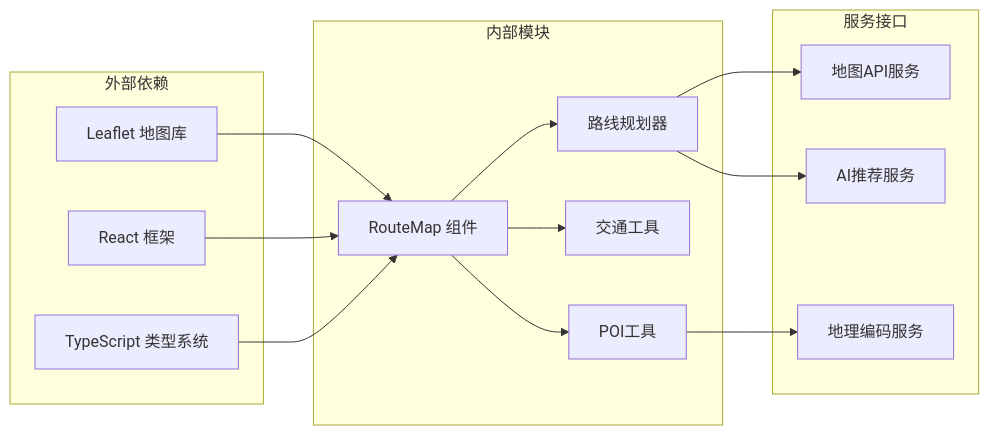
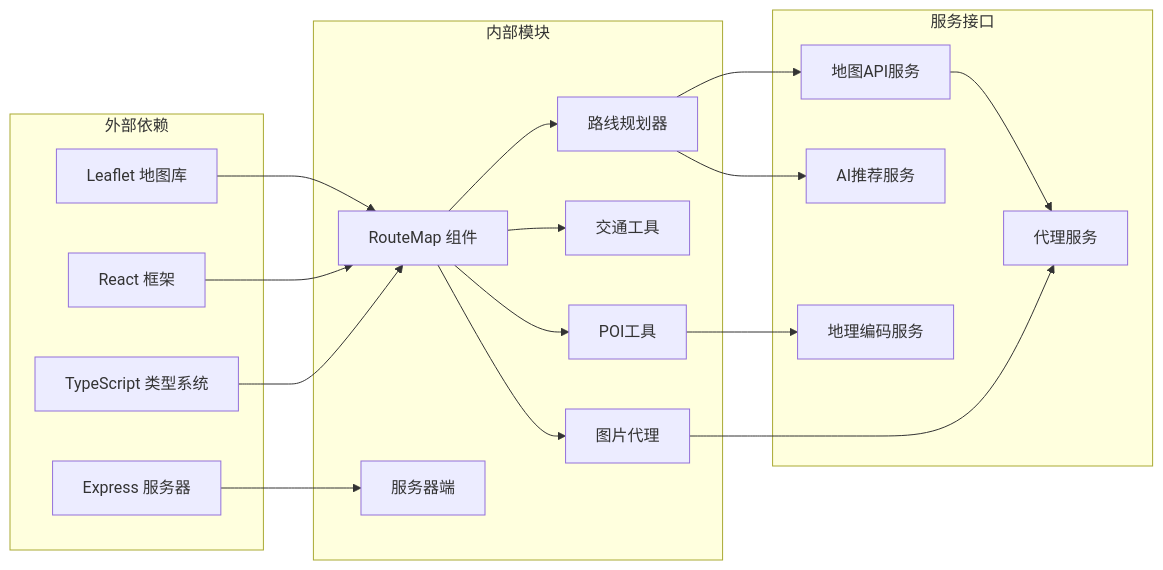
The tenth of 10 diagrams in .qoder/repowiki/zh/content/项目概述/核心功能特性/交互式地图服务.md (ititjjy/AITrip-plan), drawn with Mermaid before and after one commit. The commit also changed other lines of this file and 144 other files, not shown here.

````diff
--- a/.qoder/repowiki/zh/content/项目概述/核心功能特性/交互式地图服务.md
+++ b/.qoder/repowiki/zh/content/项目概述/核心功能特性/交互式地图服务.md
@@ -356,28 +474,36 @@
 ```mermaid
 graph LR
 subgraph "外部依赖"
 Leaflet[Leaflet 地图库]
 React[React 框架]
 Typescript[TypeScript 类型系统]
+Express[Express 服务器]
 end
 subgraph "内部模块"
 RouteMap[RouteMap 组件]
 RoutePlanner[路线规划器]
 TransportUtils[交通工具]
 POIUtils[POI工具]
+ImageProxy[图片代理]
+Server[服务器端]
 end
 subgraph "服务接口"
 MapAPI[地图API服务]
 AIRecommend[AI推荐服务]
 GeoCoding[地理编码服务]
+ProxyService[代理服务]
 end
 Leaflet --> RouteMap
 React --> RouteMap
 Typescript --> RouteMap
+Express --> Server
 RouteMap --> RoutePlanner
 RouteMap --> TransportUtils
 RouteMap --> POIUtils
+RouteMap --> ImageProxy
 RoutePlanner --> MapAPI
 RoutePlanner --> AIRecommend
 POIUtils --> GeoCoding
+MapAPI --> ProxyService
+ImageProxy --> ProxyService
 ```
````
